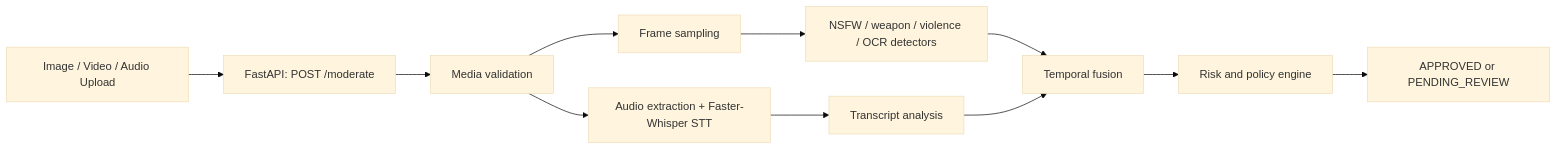
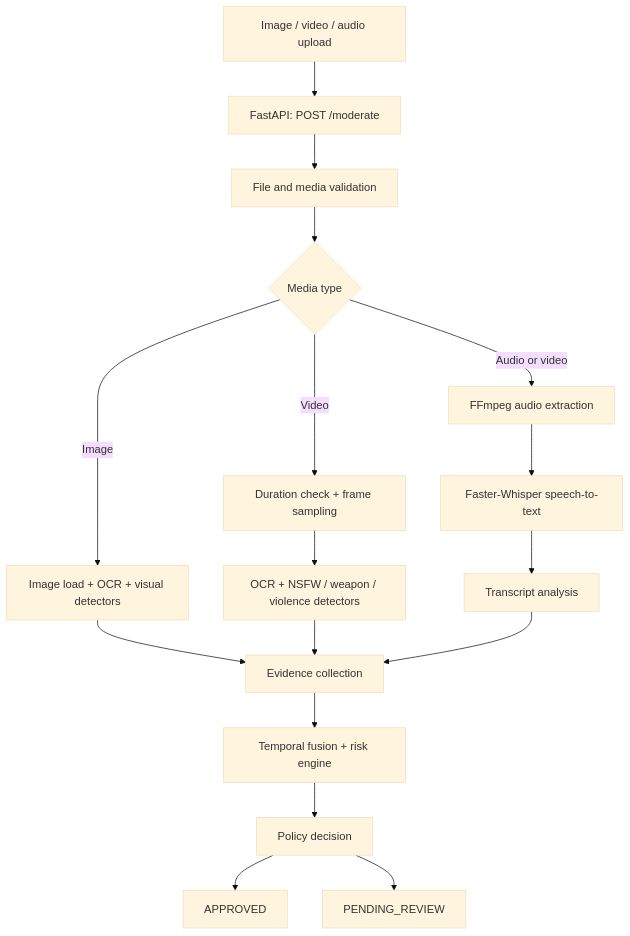
The diagram in README.md (ahmadijaz1303/AI-Content-Moderation-Pipeline), drawn with Mermaid (base theme) before and after one commit. The commit also changed other lines of this file, not shown here.

````diff
--- a/README.md
+++ b/README.md
@@ -7,13 +20,19 @@
 ```mermaid
-flowchart LR
-    U[Image / Video / Audio Upload] --> A[FastAPI: POST /moderate]
-    A --> V[Media validation]
-    V --> F[Frame sampling]
-    V --> S[Audio extraction + Faster-Whisper STT]
-    F --> D[NSFW / weapon / violence / OCR detectors]
-    S --> T[Transcript analysis]
-    D --> X[Temporal fusion]
-    T --> X
-    X --> R[Risk and policy engine]
-    R --> P[APPROVED or PENDING_REVIEW]
+flowchart TD
+    A[Image / video / audio upload] --> B[FastAPI: POST /moderate]
+    B --> C[File and media validation]
+    C --> D{Media type}
+    D -->|Image| E[Image load + OCR + visual detectors]
+    D -->|Video| F[Duration check + frame sampling]
+    D -->|Audio or video| G[FFmpeg audio extraction]
+    F --> H[OCR + NSFW / weapon / violence detectors]
+    G --> I[Faster-Whisper speech-to-text]
+    I --> J[Transcript analysis]
+    E --> K[Evidence collection]
+    H --> K
+    J --> K
+    K --> L[Temporal fusion + risk engine]
+    L --> M[Policy decision]
+    M --> N[APPROVED]
+    M --> O[PENDING_REVIEW]
 ```
````
